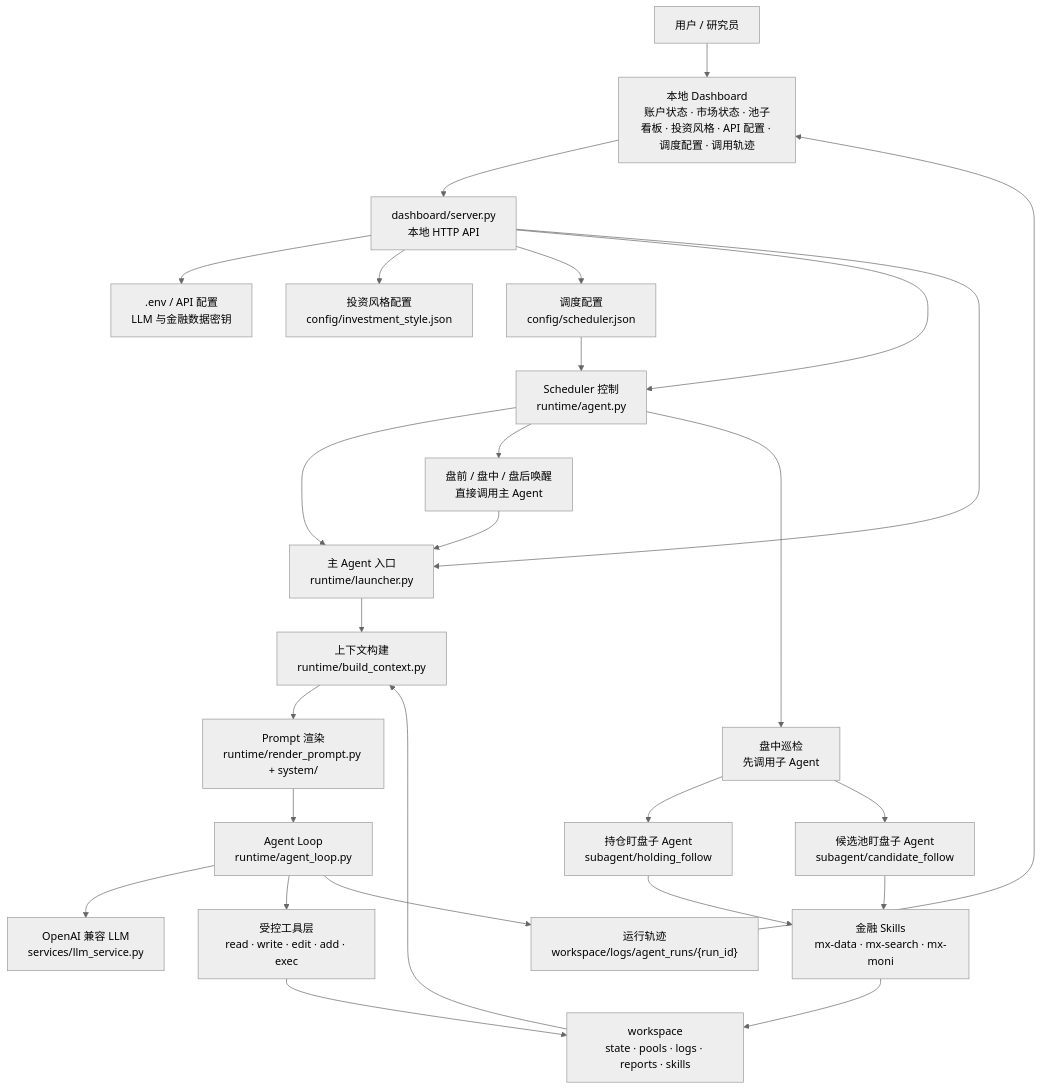
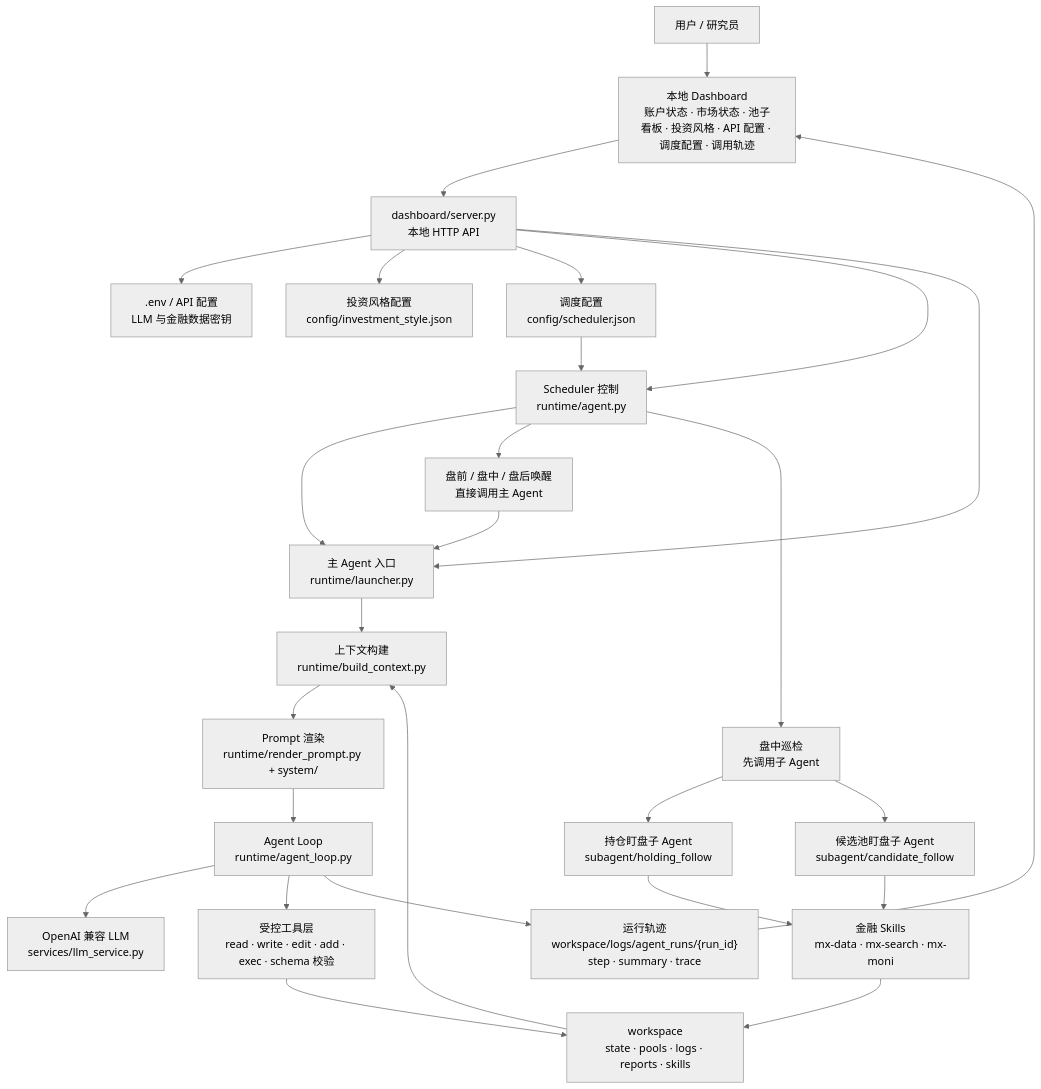
One commit to wakeyuyuyuyu/AstraTrade changed the diagram in README.md. Above: the diagram before and after it, drawn with Mermaid (neutral theme). The commit also changed other lines of this file and 22 other files, not shown here.

````diff
--- a/README.md
+++ b/README.md
@@ -152,34 +171,34 @@
 ```mermaid
 flowchart TB
   User["用户 / 研究员"] --> Dashboard["本地 Dashboard<br/>账户状态 · 市场状态 · 池子看板 · 投资风格 · API 配置 · 调度配置 · 调用轨迹"]
 
   Dashboard --> Server["dashboard/server.py<br/>本地 HTTP API"]
   Server --> Env[".env / API 配置<br/>LLM 与金融数据密钥"]
   Server --> Style["投资风格配置<br/>config/investment_style.json"]
   Server --> SchedulerConfig["调度配置<br/>config/scheduler.json"]
   Server --> Scheduler["Scheduler 控制<br/>runtime/agent.py"]
   Server --> Launcher["主 Agent 入口<br/>runtime/launcher.py"]
 
   SchedulerConfig --> Scheduler
   Scheduler --> Launcher
   Launcher --> Context["上下文构建<br/>runtime/build_context.py"]
   Context --> Prompt["Prompt 渲染<br/>runtime/render_prompt.py + system/"]
   Prompt --> Loop["Agent Loop<br/>runtime/agent_loop.py"]
 
   Loop --> LLM["OpenAI 兼容 LLM<br/>services/llm_service.py"]
-  Loop --> Tools["受控工具层<br/>read · write · edit · add · exec"]
+  Loop --> Tools["受控工具层<br/>read · write · edit · add · exec · schema 校验"]
   Tools --> Workspace["workspace<br/>state · pools · logs · reports · skills"]
   Workspace --> Context
 
   Scheduler --> Wake["盘前 / 盘中 / 盘后唤醒<br/>直接调用主 Agent"]
   Wake --> Launcher
   Scheduler --> Patrol["盘中巡检<br/>先调用子 Agent"]
   Patrol --> Holding["持仓盯盘子 Agent<br/>subagent/holding_follow"]
   Patrol --> Candidate["候选池盯盘子 Agent<br/>subagent/candidate_follow"]
   Holding --> Skills["金融 Skills<br/>mx-data · mx-search · mx-moni"]
   Candidate --> Skills
   Skills --> Workspace
 
-  Loop --> Trace["运行轨迹<br/>workspace/logs/agent_runs/{run_id}"]
+  Loop --> Trace["运行轨迹<br/>workspace/logs/agent_runs/{run_id}<br/>step · summary · trace"]
   Trace --> Dashboard
 ```
````
